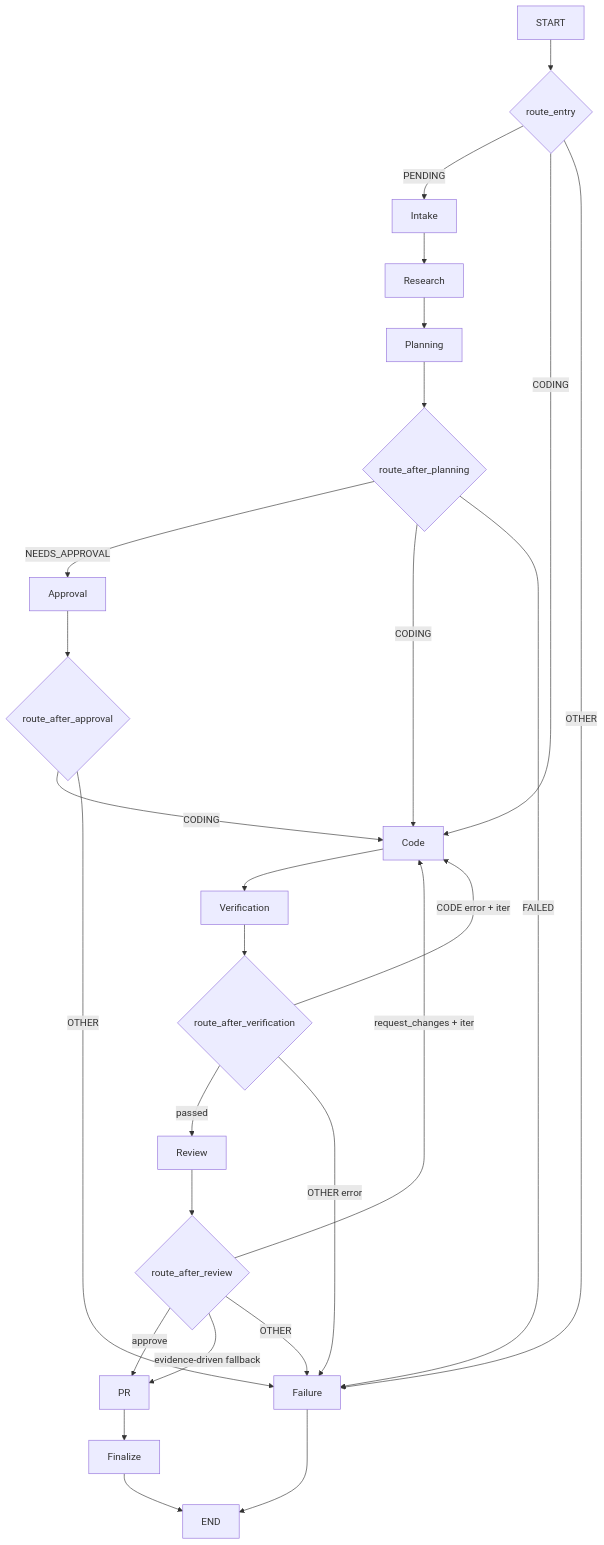
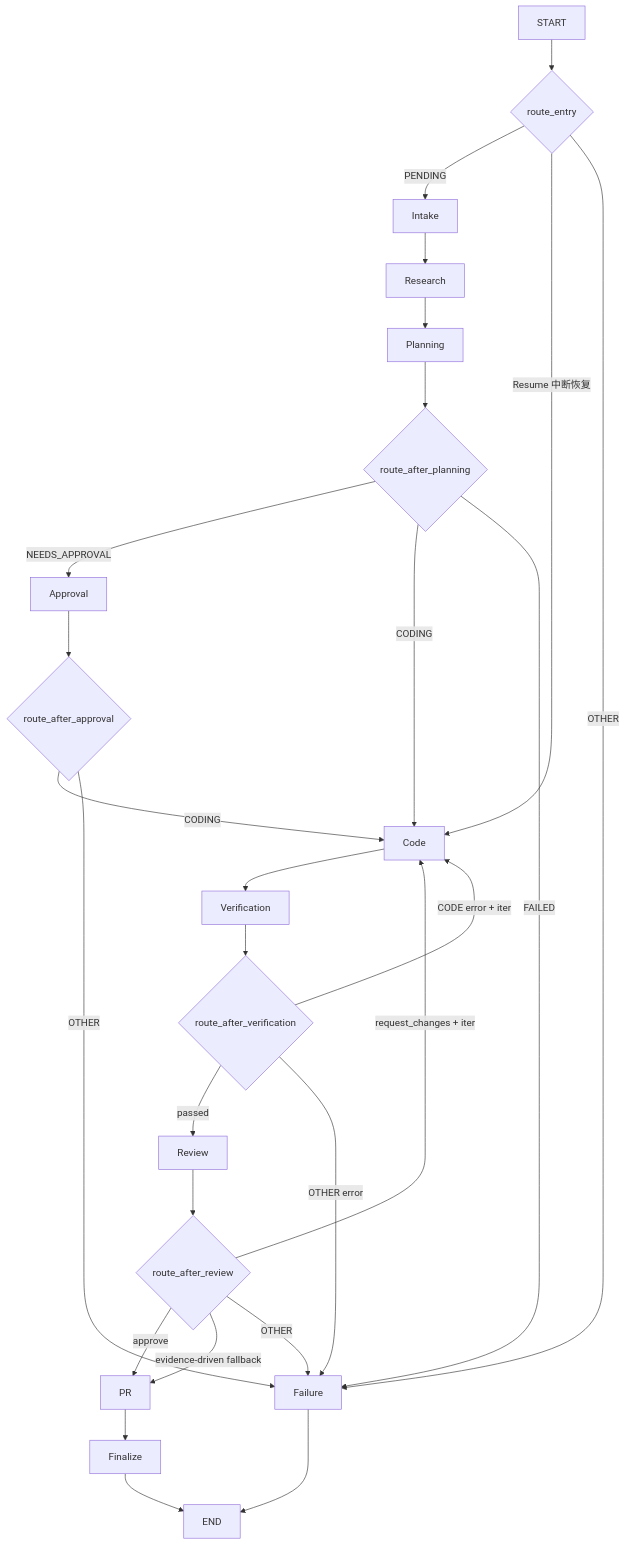
The diagram in README.md (ETOLucy/RepoAegis), drawn with Mermaid before and after one commit. The commit also changed other lines of this file and 8 other files, not shown here.

Commit message:
fix: mypy 0 errors (106/106)，修复 Mermaid 图 resume 标注

````diff
--- a/README.md
+++ b/README.md
@@ -45,35 +45,35 @@
 ```mermaid
 flowchart TD
     START --> ENTRY{route_entry}
     ENTRY -->|PENDING| I[Intake]
-    ENTRY -->|CODING| CD[Code]
+    ENTRY -->|Resume 中断恢复| CD[Code]
     ENTRY -->|OTHER| FAIL[Failure]
 
     I --> R[Research]
     R --> P[Planning]
 
     P --> ROUTE_P{route_after_planning}
     ROUTE_P -->|NEEDS_APPROVAL| A[Approval]
     ROUTE_P -->|CODING| CD
     ROUTE_P -->|FAILED| FAIL
 
     A --> ROUTE_A{route_after_approval}
     ROUTE_A -->|CODING| CD
     ROUTE_A -->|OTHER| FAIL
 
     CD --> V[Verification]
     V --> ROUTE_V{route_after_verification}
     ROUTE_V -->|passed| RV[Review]
     ROUTE_V -->|CODE error + iter<max| CD
     ROUTE_V -->|OTHER error| FAIL
 
     RV --> ROUTE_RV{route_after_review}
     ROUTE_RV -->|approve| PR[PR]
     ROUTE_RV -->|request_changes + iter<max| CD
     ROUTE_RV -->|evidence-driven fallback| PR
     ROUTE_RV -->|OTHER| FAIL
 
     PR --> FINAL[Finalize]
     FINAL --> END
     FAIL --> END
 ```
````
